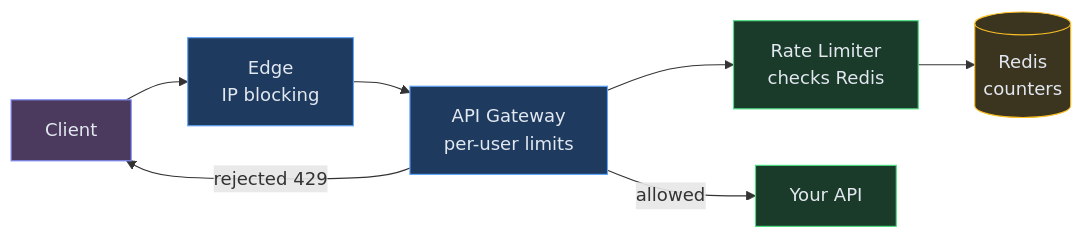
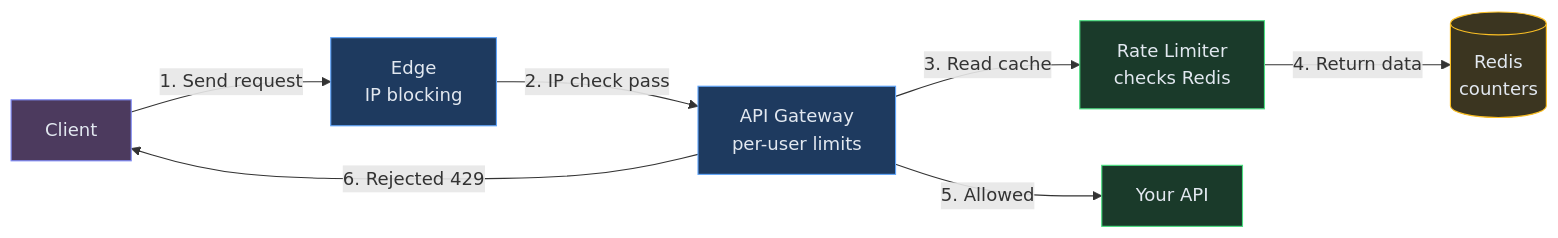
Before and after one commit to iluzn/HLD-Designs: the first of 15 diagrams in content/hld/RateLimiter.md, drawn with Mermaid. The commit also changed other lines of this file and 27 other files, not shown here.

````diff
--- a/content/hld/RateLimiter.md
+++ b/content/hld/RateLimiter.md
@@ -19,21 +19,21 @@
 ```mermaid
 flowchart LR
     CLIENT["Client"]:::client
     EDGE["Edge<br/>IP blocking"]:::edge
     GW["API Gateway<br/>per-user limits"]:::edge
     RL["Rate Limiter<br/>checks Redis"]:::service
     REDIS[("Redis<br/>counters")]:::data
     API["Your API"]:::service
 
-    CLIENT --> EDGE
-    EDGE --> GW
-    GW --> RL
-    RL --> REDIS
-    GW -->|"allowed"| API
-    GW -->|"rejected 429"| CLIENT
+    CLIENT -->|"1. Send request"| EDGE
+    EDGE -->|"2. IP check pass"| GW
+    GW -->|"3. Read cache"| RL
+    RL -->|"4. Return data"| REDIS
+    GW -->|"5. Allowed"| API
+    GW -->|"6. Rejected 429"| CLIENT
 
     classDef client fill:#4c3a5e,stroke:#818cf8,color:#e2e8f0
     classDef edge fill:#1e3a5f,stroke:#60a5fa,color:#e2e8f0
     classDef service fill:#1a3a2a,stroke:#4ade80,color:#e2e8f0
     classDef data fill:#3b3520,stroke:#fbbf24,color:#e2e8f0
 ```
````
